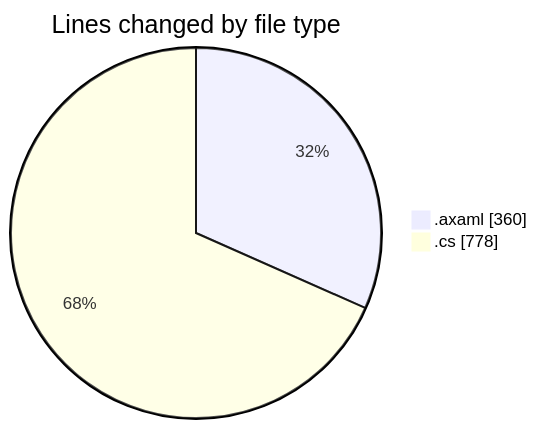
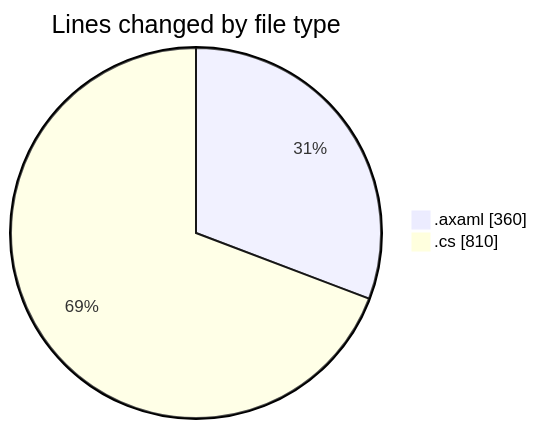
The first of 2 diagrams in 2025-11-01/skintrack/README.md (Netris89/code-tracking), drawn with Mermaid before and after one commit. The commit also changed other lines of this file and 1 other file, not shown here.

````diff
--- a/2025-11-01/skintrack/README.md
+++ b/2025-11-01/skintrack/README.md
@@ -26,6 +26,6 @@
 ```mermaid
 pie showData
 title Lines changed by file type
 ".axaml" : 360
-".cs" : 778
+".cs" : 810
 ```
````
